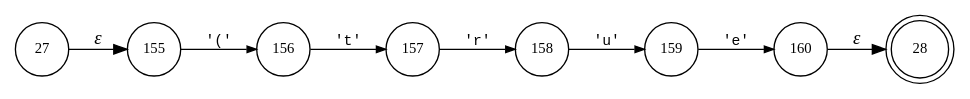
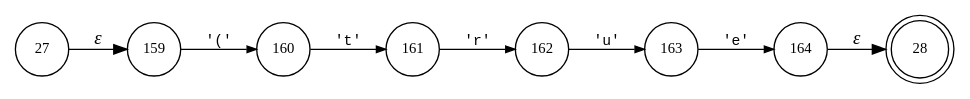
One commit to vulogov/Bund2 changed the diagram in internal/parser/BundLexer.T__13.dot. Above: the diagram before and after it, drawn with Graphviz. The commit also changed 205 other files, not shown here.

```diff
--- a/internal/parser/BundLexer.T__13.dot
+++ b/internal/parser/BundLexer.T__13.dot
@@ -1,18 +1,18 @@
 digraph ATN {
 rankdir=LR;
 s28[fontsize=11, label="28", shape=doublecircle, fixedsize=true, width=.6];
 s160[fontsize=11,label="160", shape=circle, fixedsize=true, width=.55, peripheries=1];
+s161[fontsize=11,label="161", shape=circle, fixedsize=true, width=.55, peripheries=1];
+s162[fontsize=11,label="162", shape=circle, fixedsize=true, width=.55, peripheries=1];
+s163[fontsize=11,label="163", shape=circle, fixedsize=true, width=.55, peripheries=1];
+s164[fontsize=11,label="164", shape=circle, fixedsize=true, width=.55, peripheries=1];
 s27[fontsize=11,label="27", shape=circle, fixedsize=true, width=.55, peripheries=1];
-s155[fontsize=11,label="155", shape=circle, fixedsize=true, width=.55, peripheries=1];
-s156[fontsize=11,label="156", shape=circle, fixedsize=true, width=.55, peripheries=1];
-s157[fontsize=11,label="157", shape=circle, fixedsize=true, width=.55, peripheries=1];
-s158[fontsize=11,label="158", shape=circle, fixedsize=true, width=.55, peripheries=1];
 s159[fontsize=11,label="159", shape=circle, fixedsize=true, width=.55, peripheries=1];
-s27 -> s155 [fontname="Times-Italic", label="&epsilon;"];
-s155 -> s156 [fontsize=11, fontname="Courier", arrowsize=.7, label = "'('", arrowhead = normal];
-s156 -> s157 [fontsize=11, fontname="Courier", arrowsize=.7, label = "'t'", arrowhead = normal];
-s157 -> s158 [fontsize=11, fontname="Courier", arrowsize=.7, label = "'r'", arrowhead = normal];
-s158 -> s159 [fontsize=11, fontname="Courier", arrowsize=.7, label = "'u'", arrowhead = normal];
-s159 -> s160 [fontsize=11, fontname="Courier", arrowsize=.7, label = "'e'", arrowhead = normal];
-s160 -> s28 [fontname="Times-Italic", label="&epsilon;"];
+s27 -> s159 [fontname="Times-Italic", label="&epsilon;"];
+s159 -> s160 [fontsize=11, fontname="Courier", arrowsize=.7, label = "'('", arrowhead = normal];
+s160 -> s161 [fontsize=11, fontname="Courier", arrowsize=.7, label = "'t'", arrowhead = normal];
+s161 -> s162 [fontsize=11, fontname="Courier", arrowsize=.7, label = "'r'", arrowhead = normal];
+s162 -> s163 [fontsize=11, fontname="Courier", arrowsize=.7, label = "'u'", arrowhead = normal];
+s163 -> s164 [fontsize=11, fontname="Courier", arrowsize=.7, label = "'e'", arrowhead = normal];
+s164 -> s28 [fontname="Times-Italic", label="&epsilon;"];
 }
```
